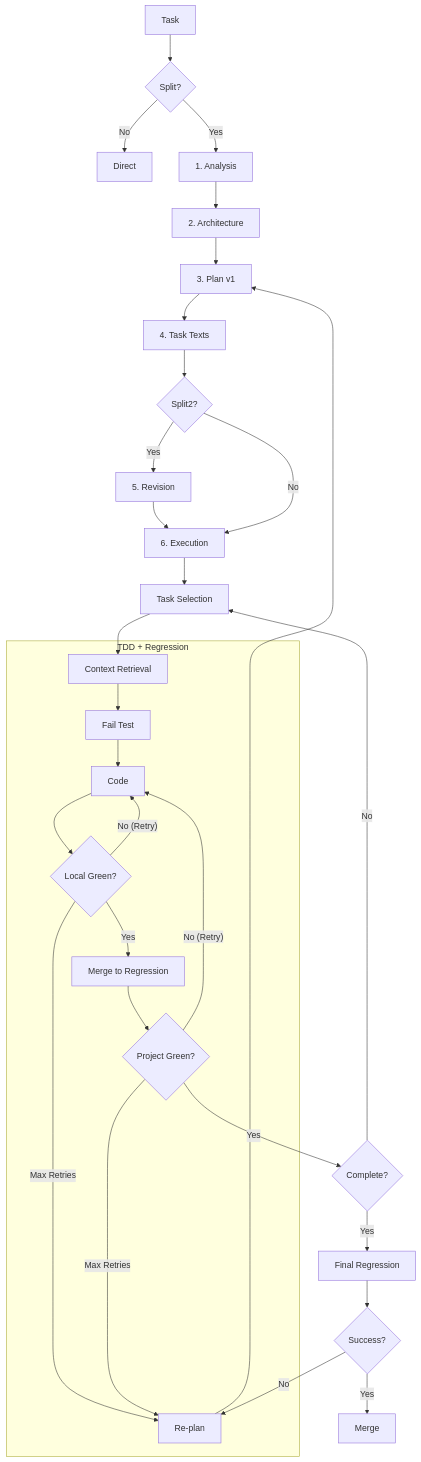
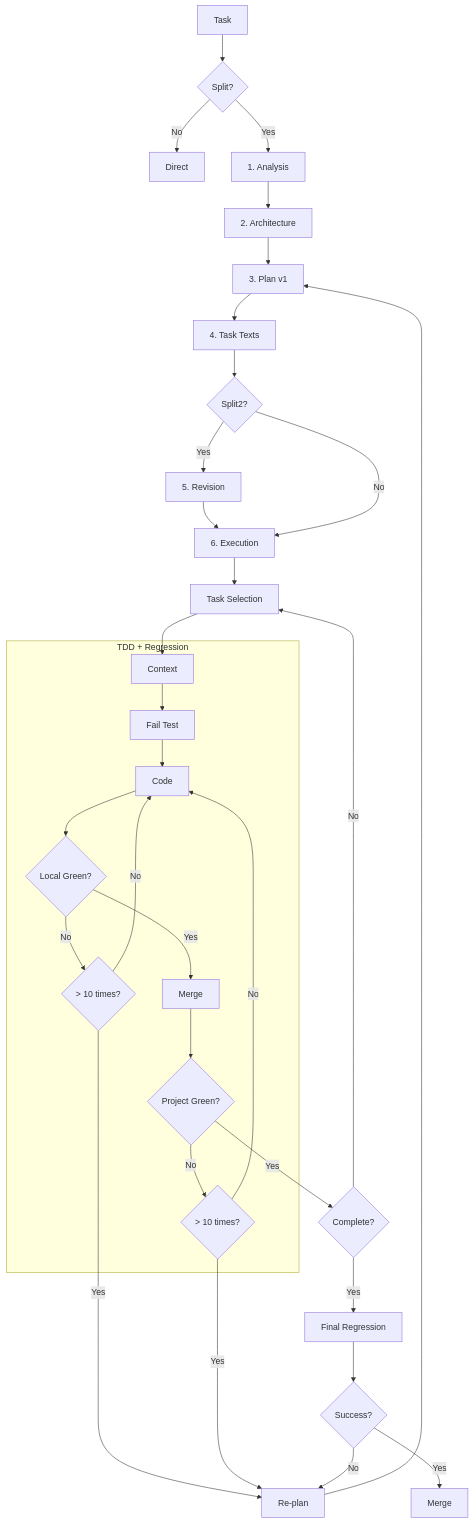
Before and after one commit to SpIvanM/split-first-tdd-agent-orchestration-framework: the diagram in README.en.md, drawn with Mermaid. The commit also changed 1 other file, not shown here.

Commit message:
docs: update TDD workflow diagram in README files to include re-planning logic and retry limits

````diff
--- a/README.en.md
+++ b/README.en.md
@@ -97,37 +97,49 @@
 ```mermaid
 graph TD
     A["Task"] --> B{"Split?"}
     B -- "No" --> C["Direct"]
     B -- "Yes" --> D["1. Analysis"]
     D --> E["2. Architecture"]
     E --> F["3. Plan v1"]
     F --> G["4. Task Texts"]
     G --> H{"Split2?"}
     H -- "Yes" --> I["5. Revision"]
     I --> J["6. Execution"]
     H -- "No" --> J
     
+    T["Re-plan"] --> F
+    
     J --> K["Task Selection"]
-    K --> L["Context Retrieval"]
+    K --> L["Context"]
     
     subgraph "TDD + Regression"
-        L --> M["Fail Test"]
-        M --> N["Code"]
-        N --> O{"Local Green?"}
-        O -- "No (Retry)" --> N
-        O -- "Max Retries" --> T["Re-plan"]
-        O -- "Yes" --> P["Merge to Regression"]
-        P --> Q{"Project Green?"}
-        Q -- "No (Retry)" --> N
-        Q -- "Max Retries" --> T
+        L
+        M
+        N
+        O
+        O1
+        P
+        Q
+        Q1
     end
+    
+    L --> M["Fail Test"]
+    M --> N["Code"]
+    N --> O{"Local Green?"}
+    O -- "No" --> O1{"> 10 times?"}
+    O1 -- "No" --> N
+    O1 -- "Yes" --> T
+    O -- "Yes" --> P["Merge"]
+    P --> Q{"Project Green?"}
+    Q -- "No" --> Q1{"> 10 times?"}
+    Q1 -- "No" --> N
+    Q1 -- "Yes" --> T
     
     Q -- "Yes" --> R{"Complete?"}
     R -- "No" --> K
-    T --> F
     
     R -- "Yes" --> U["Final Regression"]
     U --> W{"Success?"}
     W -- "No" --> T
     W -- "Yes" --> V["Merge"]
 ```
````
